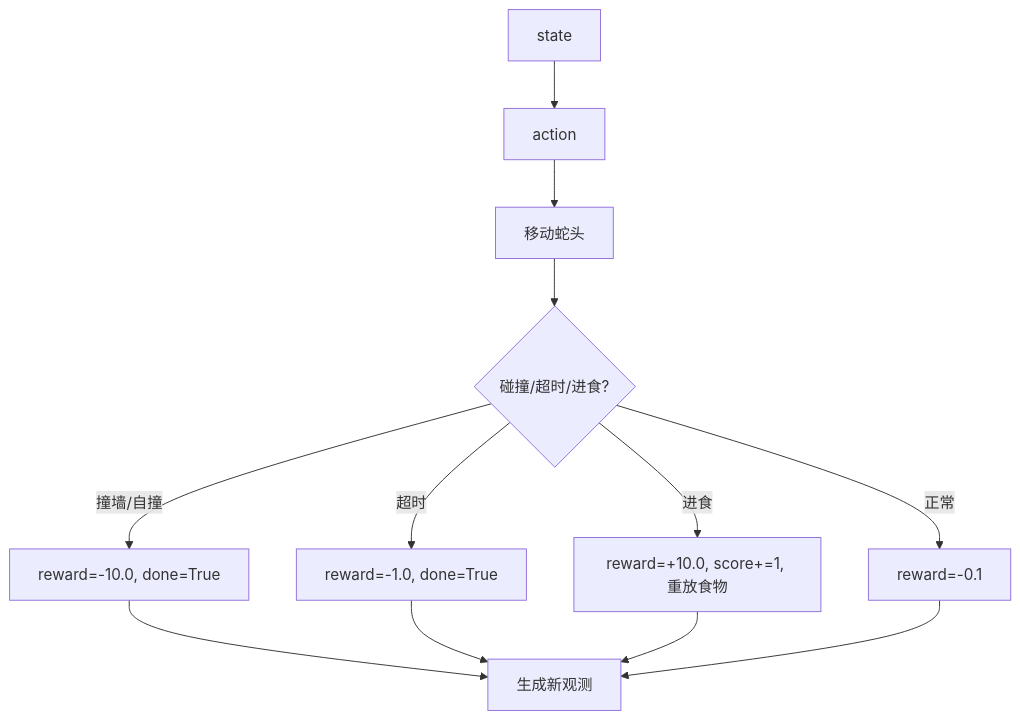
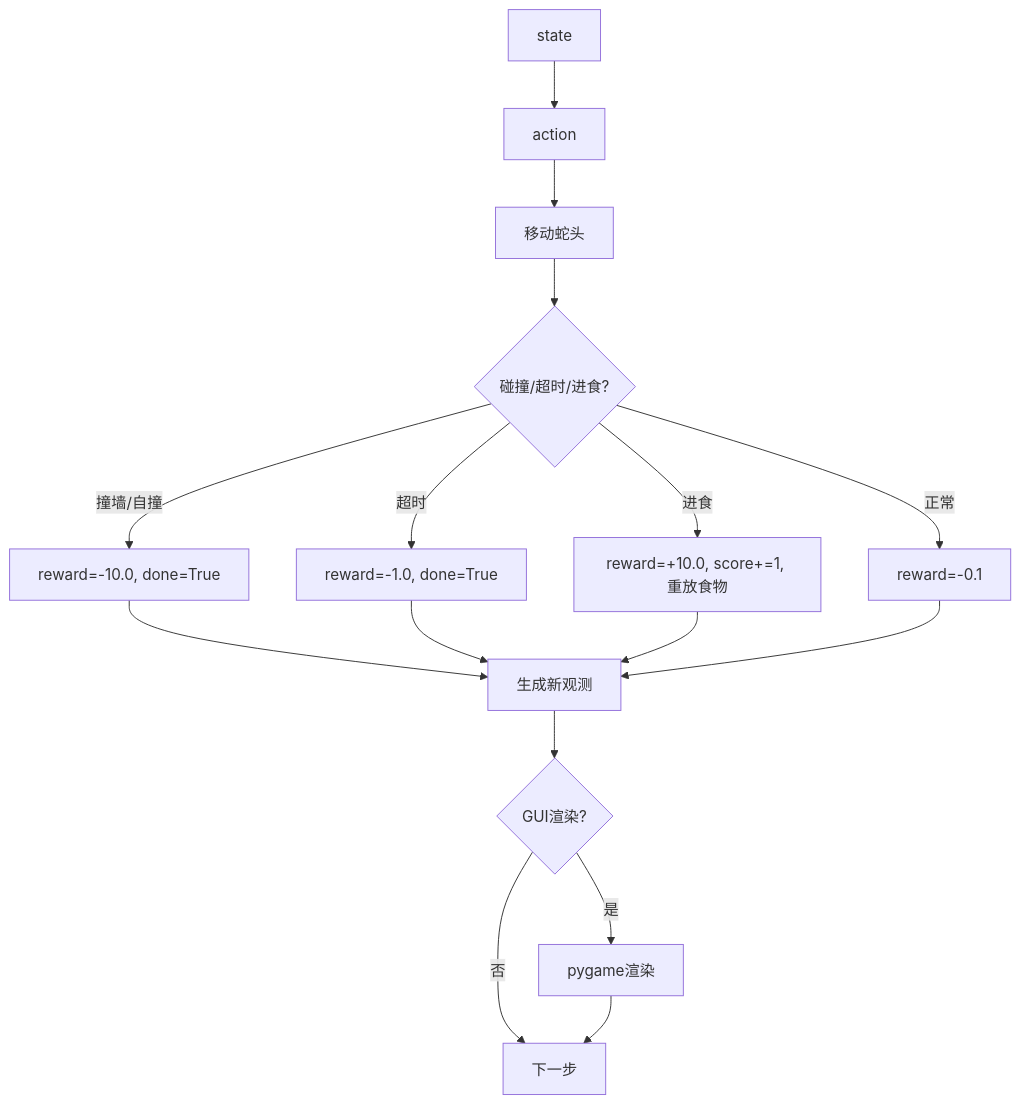
The sixth of 8 diagrams in .qoder/repowiki/zh/content/训练系统.md (fuweiq94-cloud/3399180760000), drawn with Mermaid before and after one commit. The commit also changed other lines of this file and 146 other files, not shown here.

````diff
--- a/.qoder/repowiki/zh/content/训练系统.md
+++ b/.qoder/repowiki/zh/content/训练系统.md
@@ -250,14 +289,18 @@
 ```mermaid
 flowchart TD
 S["state"] --> Act["action"]
 Act --> Move["移动蛇头"]
 Move --> Check{"碰撞/超时/进食?"}
 Check --> |撞墙/自撞| R1["reward=-10.0, done=True"]
 Check --> |超时| R2["reward=-1.0, done=True"]
 Check --> |进食| R3["reward=+10.0, score+=1, 重放食物"]
 Check --> |正常| R4["reward=-0.1"]
 R1 --> Obs["生成新观测"]
 R2 --> Obs
 R3 --> Obs
 R4 --> Obs
+Obs --> GUI{"GUI渲染?"}
+GUI --> |是| Render["pygame渲染"]
+GUI --> |否| Next["下一步"]
+Render --> Next
 ```
````
